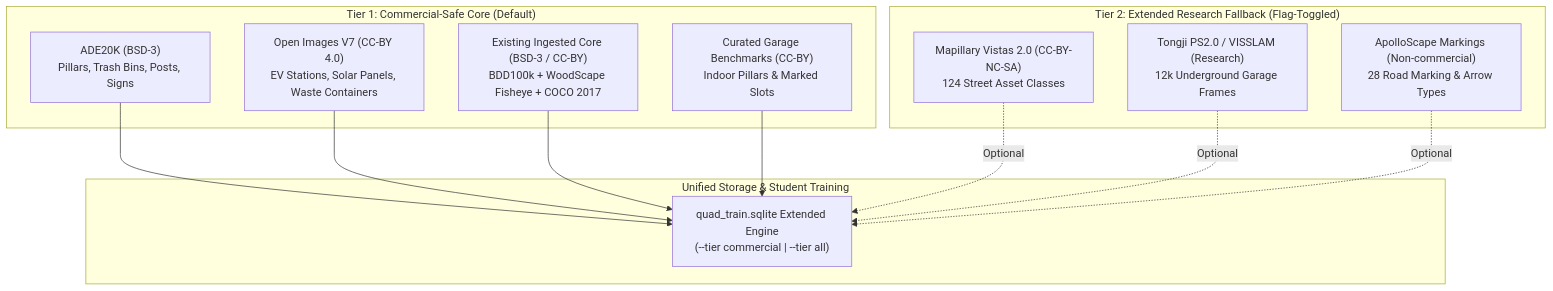
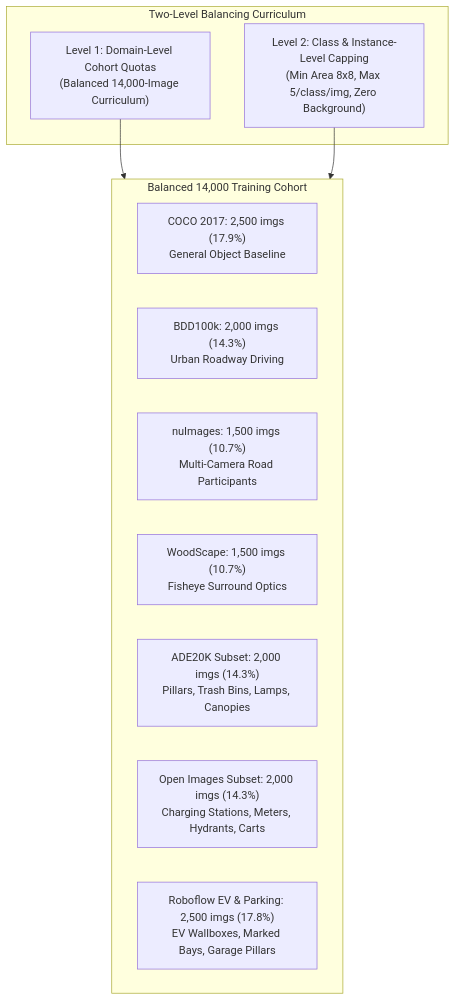
One commit to mikoff/slam-and-perception changed the diagram in projects/visual-inference/development_stages/05_dataset_expansion_plan.md. Above: the diagram before and after it, drawn with Mermaid. The commit also changed other lines of this file, not shown here.

````diff
--- a/projects/visual-inference/development_stages/05_dataset_expansion_plan.md
+++ b/projects/visual-inference/development_stages/05_dataset_expansion_plan.md
@@ -39,27 +155,20 @@
 ```mermaid
 graph TD
-    subgraph Tier1["Tier 1: Commercial-Safe Core (Default)"]
-        T1A["ADE20K (BSD-3)\nPillars, Trash Bins, Posts, Signs"]
-        T1B["Open Images V7 (CC-BY 4.0)\nEV Stations, Solar Panels, Waste Containers"]
-        T1C["Existing Ingested Core (BSD-3 / CC-BY)\nBDD100k + WoodScape Fisheye + COCO 2017"]
-        T1D["Curated Garage Benchmarks (CC-BY)\nIndoor Pillars & Marked Slots"]
+    subgraph Balancing["Two-Level Balancing Curriculum"]
+        L1["Level 1: Domain-Level Cohort Quotas\n(Balanced 14,000-Image Curriculum)"]
+        L2["Level 2: Class & Instance-Level Capping\n(Min Area 8x8, Max 5/class/img, Zero Background)"]
     end
 
-    subgraph Tier2["Tier 2: Extended Research Fallback (Flag-Toggled)"]
-        T2A["Mapillary Vistas 2.0 (CC-BY-NC-SA)\n124 Street Asset Classes"]
-        T2B["Tongji PS2.0 / VISSLAM (Research)\n12k Underground Garage Frames"]
-        T2C["ApolloScape Markings (Non-commercial)\n28 Road Marking & Arrow Types"]
+    subgraph Cohorts["Balanced 14,000 Training Cohort"]
+        C1["COCO 2017: 2,500 imgs (17.9%)\nGeneral Object Baseline"]
+        C2["BDD100k: 2,000 imgs (14.3%)\nUrban Roadway Driving"]
+        C3["nuImages: 1,500 imgs (10.7%)\nMulti-Camera Road Participants"]
+        C4["WoodScape: 1,500 imgs (10.7%)\nFisheye Surround Optics"]
+        C5["ADE20K Subset: 2,000 imgs (14.3%)\nPillars, Trash Bins, Lamps, Canopies"]
+        C6["Open Images Subset: 2,000 imgs (14.3%)\nCharging Stations, Meters, Hydrants, Carts"]
+        C7["Roboflow EV & Parking: 2,500 imgs (17.8%)\nEV Wallboxes, Marked Bays, Garage Pillars"]
     end
 
-    subgraph Pipeline["Unified Storage & Student Training"]
-        Store["quad_train.sqlite Extended Engine\n(--tier commercial | --tier all)"]
-    end
-
-    T1A --> Store
-    T1B --> Store
-    T1C --> Store
-    T1D --> Store
-    T2A -. Optional .-> Store
-    T2B -. Optional .-> Store
-    T2C -. Optional .-> Store
+    L1 --> Cohorts
+    L2 --> Cohorts
 ```
````
